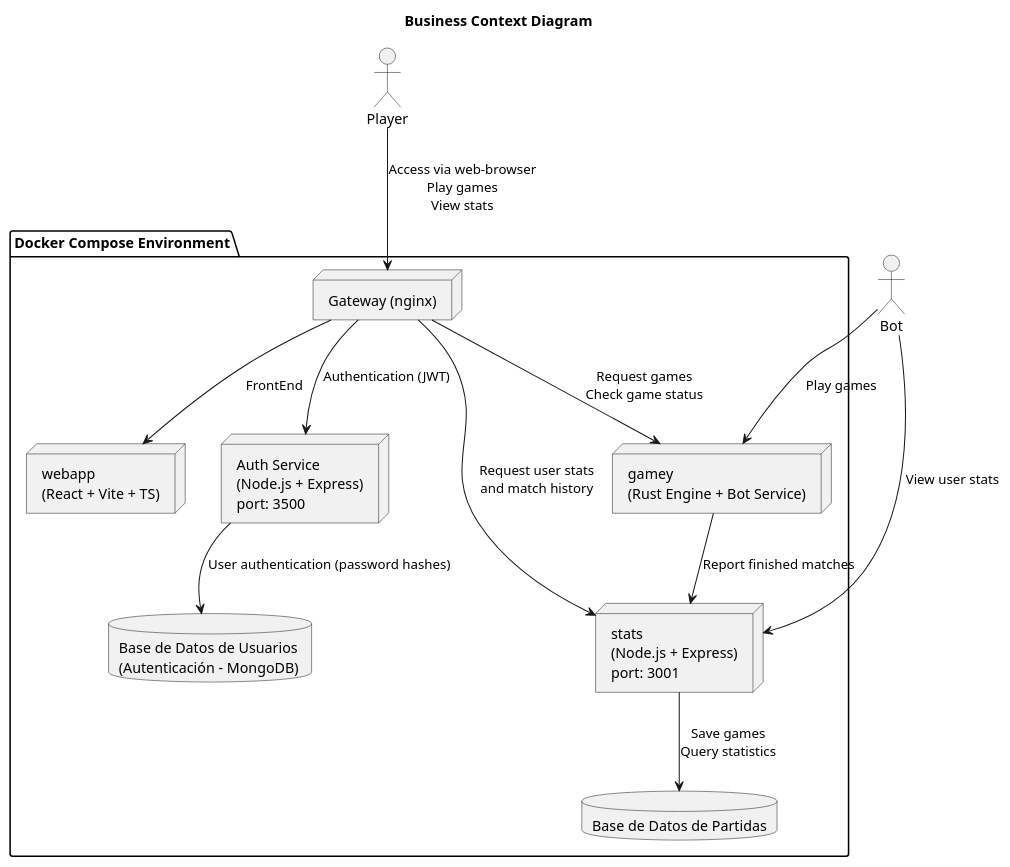
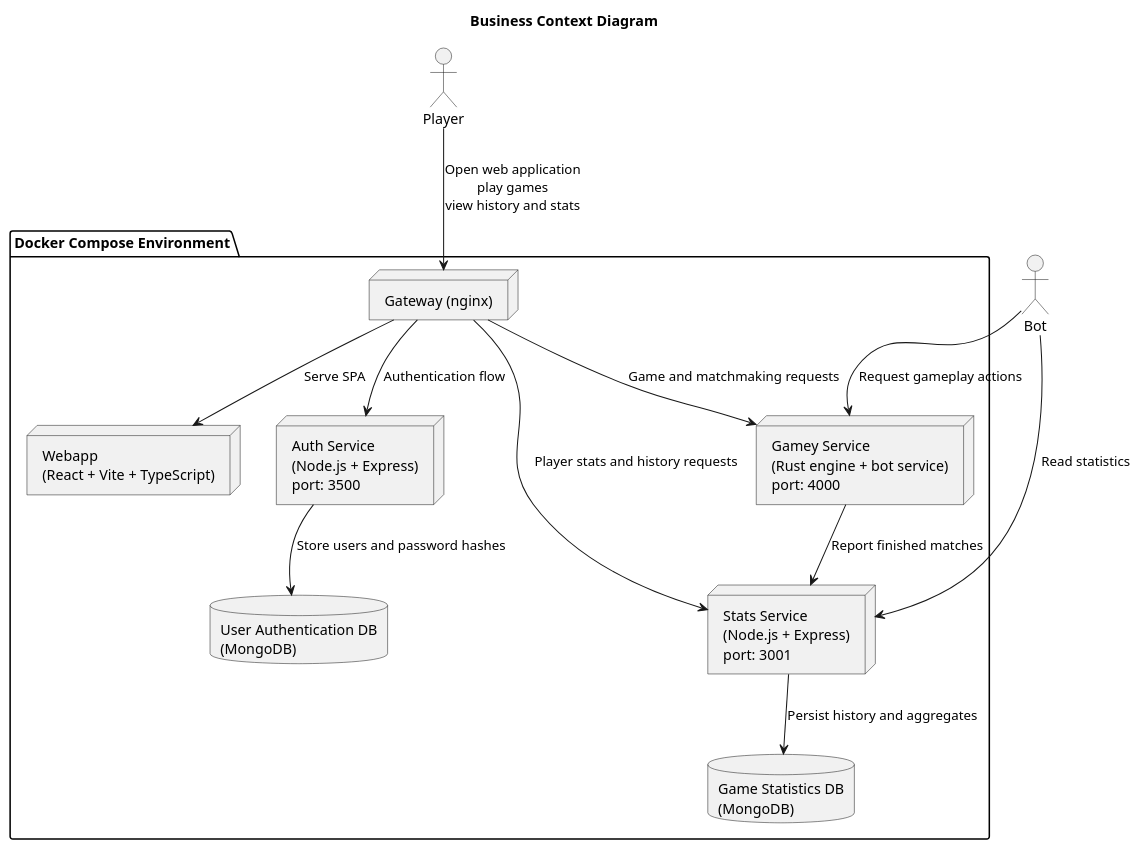
The first of 2 diagrams in docs/src/03_context_and_scope.adoc (Arquisoft/yovi_es4b), drawn with PlantUML before and after one commit. The commit also changed other lines of this file and 26 other files, not shown here.

```diff
--- a/docs/src/03_context_and_scope.adoc
+++ b/docs/src/03_context_and_scope.adoc
@@ -16,33 +13,32 @@
 [plantuml, target=business-context-diagram, format=png]
 ----
 @startuml
 title Business Context Diagram
 
 actor Player
 actor Bot
 
 package "Docker Compose Environment" {
     node "Gateway (nginx)" as Gateway
-    node "webapp\n(React + Vite + TS)" as WebApp
+    node "Webapp\n(React + Vite + TypeScript)" as WebApp
     node "Auth Service\n(Node.js + Express)\nport: 3500" as Auth
-    node "stats\n(Node.js + Express)\nport: 3001" as Stats
-    node "gamey\n(Rust Engine + Bot Service)" as Gamey
-    database "Base de Datos de Usuarios \n(Autenticación - MongoDB)" as UserDB
-    database "Base de Datos de Partidas" as GameDB
+    node "Stats Service\n(Node.js + Express)\nport: 3001" as Stats
+    node "Gamey Service\n(Rust engine + bot service)\nport: 4000" as Gamey
+    database "User Authentication DB\n(MongoDB)" as UserDB
+    database "Game Statistics DB\n(MongoDB)" as GameDB
 }
 
-' Relaciones de actores
-Player --> Gateway : Access via web-browser\nPlay games\nView stats
-Gateway --> WebApp : FrontEnd
-Bot --> Gamey : Play games
-Bot --> Stats : View user stats
+Player --> Gateway : Open web application\nplay games\nview history and stats
+Gateway --> WebApp : Serve SPA
+Gateway --> Auth : Authentication flow
+Gateway --> Gamey : Game and matchmaking requests
+Gateway --> Stats : Player stats and history requests
 
- ' Internal services interactions
-Gateway --> Auth : Authentication (JWT)\n
-Gateway --> Gamey : Request games\nCheck game status
-Gateway --> Stats : Request user stats\nand match history
-Auth --> UserDB : User authentication (password hashes)
+Bot --> Gamey : Request gameplay actions
+Bot --> Stats : Read statistics
+
+Auth --> UserDB : Store users and password hashes
 Gamey --> Stats : Report finished matches
-Stats --> GameDB : Save games\nQuery statistics
+Stats --> GameDB : Persist history and aggregates
 @enduml
 ----
```
